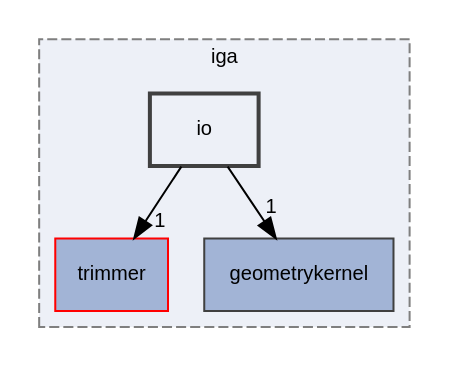
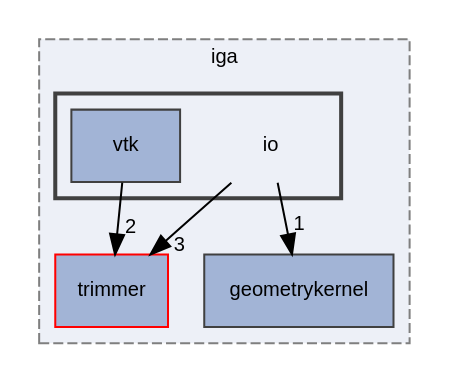
The diagram in dir_c3ccff8517fbe337b2b8ad503c3a1590_dep.dot (rath3t/dune-iga-doc), drawn with Graphviz before and after one commit. The commit also changed 1689 other files, not shown here.

```diff
--- a/dir_c3ccff8517fbe337b2b8ad503c3a1590_dep.dot
+++ b/dir_c3ccff8517fbe337b2b8ad503c3a1590_dep.dot
@@ -1,15 +1,20 @@
 digraph "io"
 {
  // LATEX_PDF_SIZE
   edge [fontname="Helvetica",fontsize="10",labelfontname="Helvetica",labelfontsize="10"];
   node [fontname="Helvetica",fontsize="10",shape=record];
   compound=true
   subgraph clusterdir_d2a3c23294a1b1015b1b8e8721ddded8 {
     graph [ bgcolor="#edf0f7", pencolor="grey50", style="filled,dashed,", label="iga", fontname="Helvetica", fontsize="10", URL="dir_d2a3c23294a1b1015b1b8e8721ddded8.html"]
   dir_7d0c370ab440c4b4f78419bfc8c93eb8 [shape=box, label="trimmer", style="filled,", fillcolor="#a2b4d6", color="red", URL="dir_7d0c370ab440c4b4f78419bfc8c93eb8.html"];
   dir_98571e7345f7327fea7723ec1a12d870 [shape=box, label="geometrykernel", style="filled,", fillcolor="#a2b4d6", color="grey25", URL="dir_98571e7345f7327fea7723ec1a12d870.html"];
-  dir_c3ccff8517fbe337b2b8ad503c3a1590 [shape=box, label="io", style="filled,bold,", fillcolor="#edf0f7", color="grey25", URL="dir_c3ccff8517fbe337b2b8ad503c3a1590.html"];
+  subgraph clusterdir_c3ccff8517fbe337b2b8ad503c3a1590 {
+    graph [ bgcolor="#edf0f7", pencolor="grey25", style="filled,bold,", label="", fontname="Helvetica", fontsize="10", URL="dir_c3ccff8517fbe337b2b8ad503c3a1590.html"]
+    dir_c3ccff8517fbe337b2b8ad503c3a1590 [shape=plaintext, label="io"];
+  dir_0185853483cd959150fdf3c8210a5831 [shape=box, label="vtk", style="filled,", fillcolor="#a2b4d6", color="grey25", URL="dir_0185853483cd959150fdf3c8210a5831.html"];
   }
-  dir_c3ccff8517fbe337b2b8ad503c3a1590->dir_7d0c370ab440c4b4f78419bfc8c93eb8 [headlabel="1", labeldistance=1.5 headhref="dir_000014_000021.html"];
-  dir_c3ccff8517fbe337b2b8ad503c3a1590->dir_98571e7345f7327fea7723ec1a12d870 [headlabel="1", labeldistance=1.5 headhref="dir_000014_000006.html"];
+  }
+  dir_c3ccff8517fbe337b2b8ad503c3a1590->dir_7d0c370ab440c4b4f78419bfc8c93eb8 [headlabel="3", labeldistance=1.5 headhref="dir_000013_000018.html"];
+  dir_c3ccff8517fbe337b2b8ad503c3a1590->dir_98571e7345f7327fea7723ec1a12d870 [headlabel="1", labeldistance=1.5 headhref="dir_000013_000006.html"];
+  dir_0185853483cd959150fdf3c8210a5831->dir_7d0c370ab440c4b4f78419bfc8c93eb8 [headlabel="2", labeldistance=1.5 headhref="dir_000021_000018.html"];
 }
```
